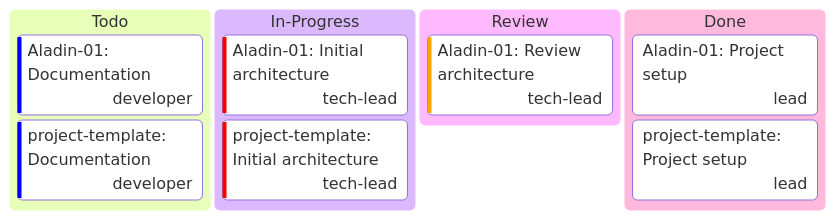
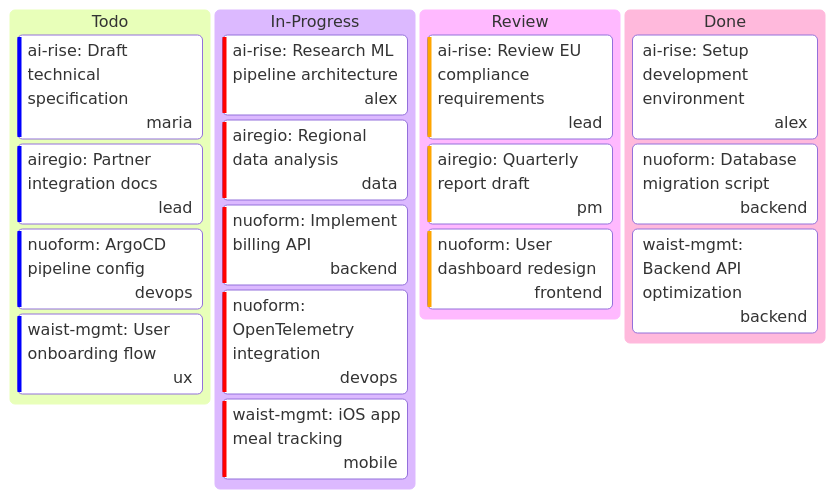
The diagram in docs/unified-kanban.md (Katty-Fashion/kf-cpto), drawn with Mermaid before and after one commit. The commit also changed other lines of this file and 12 other files, not shown here.

````diff
--- a/docs/unified-kanban.md
+++ b/docs/unified-kanban.md
@@ -10,14 +15,22 @@
 ```mermaid
 kanban
   Todo
-    task4[Aladin-01: Documentation]@{ priority: 'Low', assigned: 'developer' }
-    task7[project-template: Documentation]@{ priority: 'Low', assigned: 'developer' }
+    task2[ai-rise: Draft technical specification]@{ priority: 'Low', assigned: 'maria' }
+    task6[airegio: Partner integration docs]@{ priority: 'Low', assigned: 'lead' }
+    task9[nuoform: ArgoCD pipeline config]@{ priority: 'Low', assigned: 'devops' }
+    task15[waist-mgmt: User onboarding flow]@{ priority: 'Low', assigned: 'ux' }
   In-Progress
-    task2[Aladin-01: Initial architecture]@{ priority: 'Very High', assigned: 'tech-lead' }
-    task6[project-template: Initial architecture]@{ priority: 'Very High', assigned: 'tech-lead' }
+    task1[ai-rise: Research ML pipeline architecture]@{ priority: 'Very High', assigned: 'alex' }
+    task5[airegio: Regional data analysis]@{ priority: 'Very High', assigned: 'data' }
+    task8[nuoform: Implement billing API]@{ priority: 'Very High', assigned: 'backend' }
+    task10[nuoform: OpenTelemetry integration]@{ priority: 'Very High', assigned: 'devops' }
+    task13[waist-mgmt: iOS app meal tracking]@{ priority: 'Very High', assigned: 'mobile' }
   Review
-    task3[Aladin-01: Review architecture]@{ priority: 'High', assigned: 'tech-lead' }
+    task4[ai-rise: Review EU compliance requirements]@{ priority: 'High', assigned: 'lead' }
+    task7[airegio: Quarterly report draft]@{ priority: 'High', assigned: 'pm' }
+    task11[nuoform: User dashboard redesign]@{ priority: 'High', assigned: 'frontend' }
   Done
-    task1[Aladin-01: Project setup]@{ assigned: 'lead' }
-    task5[project-template: Project setup]@{ assigned: 'lead' }
+    task3[ai-rise: Setup development environment]@{ assigned: 'alex' }
+    task12[nuoform: Database migration script]@{ assigned: 'backend' }
+    task14[waist-mgmt: Backend API optimization]@{ assigned: 'backend' }
 ```
````
